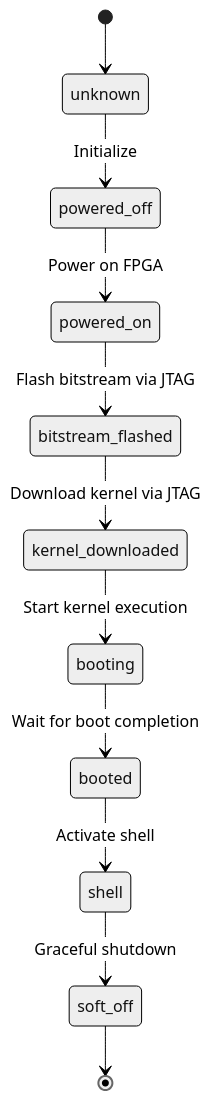
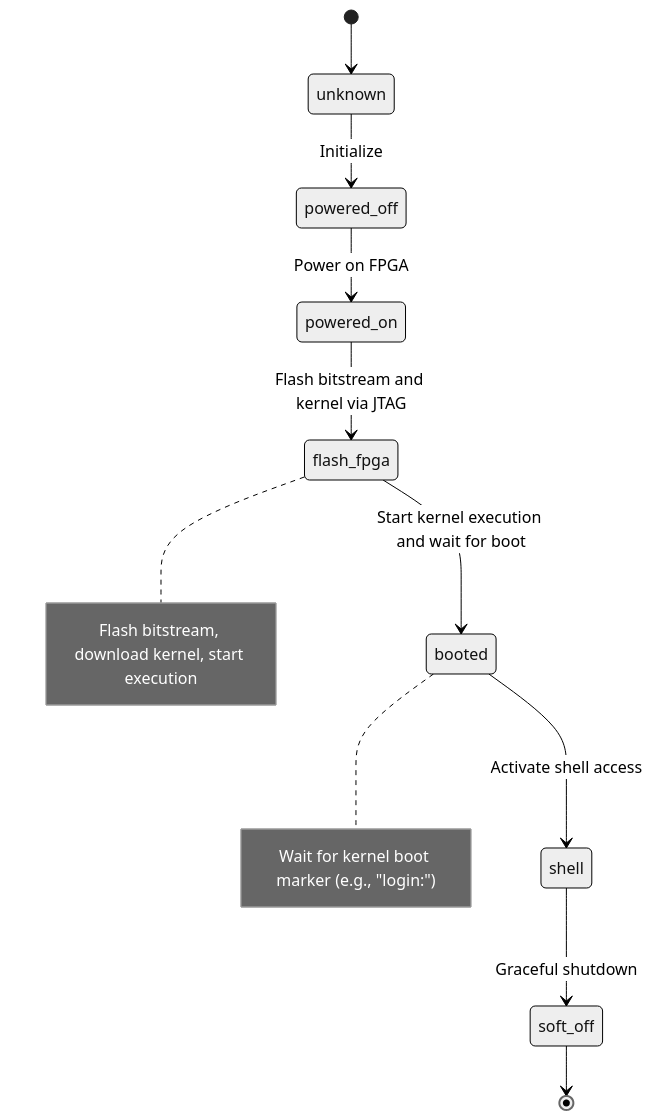
The fourth of 4 diagrams in docs/source/user-guide/strategies.rst (tfcollins/labgrid-plugins), drawn with Mermaid (neutral theme) before and after one commit. The commit also changed other lines of this file, not shown here.

```diff
--- a/docs/source/user-guide/strategies.rst
+++ b/docs/source/user-guide/strategies.rst
@@ -647,13 +719,19 @@
 .. mermaid::
 
    stateDiagram-v2
        [*] --> unknown
        unknown --> powered_off: Initialize
        powered_off --> powered_on: Power on FPGA
-       powered_on --> bitstream_flashed: Flash bitstream via JTAG
-       bitstream_flashed --> kernel_downloaded: Download kernel via JTAG
-       kernel_downloaded --> booting: Start kernel execution
-       booting --> booted: Wait for boot completion
-       booted --> shell: Activate shell
+       powered_on --> flash_fpga: Flash bitstream and kernel via JTAG
+       flash_fpga --> booted: Start kernel execution and wait for boot
+       booted --> shell: Activate shell access
        shell --> soft_off: Graceful shutdown
        soft_off --> [*]
+
+       note right of flash_fpga
+           Flash bitstream, download kernel, start execution
+       end note
+
+       note right of booted
+           Wait for kernel boot marker (e.g., "login:")
+       end note
```
